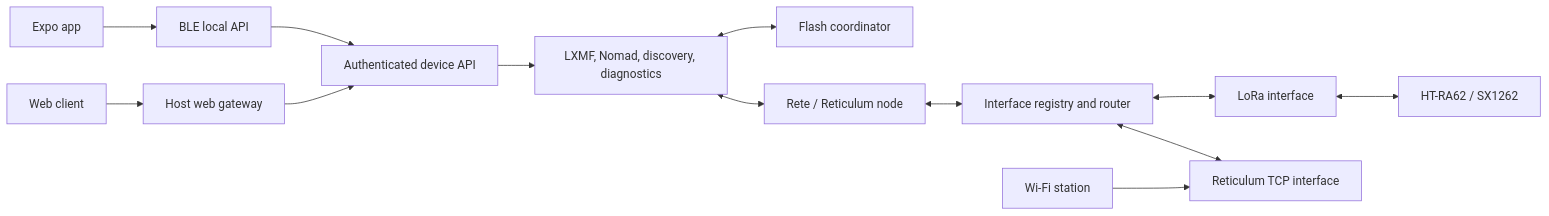
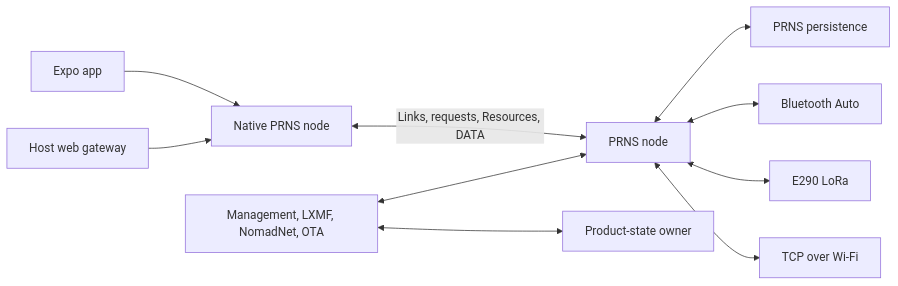
The diagram in docs/architecture.md (evelant/reticulum-rs-firmware), drawn with Mermaid before and after one commit. The commit also changed other lines of this file and 458 other files, not shown here.

````diff
--- a/docs/architecture.md
+++ b/docs/architecture.md
@@ -17,26 +21,23 @@
 ```mermaid
 flowchart LR
   App["Expo app"]
-  Web["Web client"]
-  BLE["BLE local API"]
   Host["Host web gateway"]
-  Session["Authenticated device API"]
-  Services["LXMF, Nomad, discovery, diagnostics"]
-  Storage["Flash coordinator"]
-  Node["Rete / Reticulum node"]
-  Router["Interface registry and router"]
-  LoRa["LoRa interface"]
-  TCP["Reticulum TCP interface"]
-  Radio["HT-RA62 / SX1262"]
-  WiFi["Wi-Fi station"]
+  Native["Native PRNS node"]
+  Product["Management, LXMF, NomadNet, OTA"]
+  Store["Product-state owner"]
+  PRNS["PRNS node"]
+  Persist["PRNS persistence"]
+  BLE["Bluetooth Auto"]
+  LoRa["E290 LoRa"]
+  TCP["TCP over Wi-Fi"]
 
-  App --> BLE --> Session
-  Web --> Host --> Session
-  Session --> Services
-  Services <--> Storage
-  Services <--> Node
-  Node <--> Router
-  Router <--> LoRa <--> Radio
-  Router <--> TCP
-  WiFi --> TCP
+  App --> Native
+  Host --> Native
+  Native <-->|"Links, requests, Resources, DATA"| PRNS
+  Product <--> PRNS
+  Product <--> Store
+  PRNS <--> Persist
+  PRNS <--> BLE
+  PRNS <--> LoRa
+  PRNS <--> TCP
 ```
````
